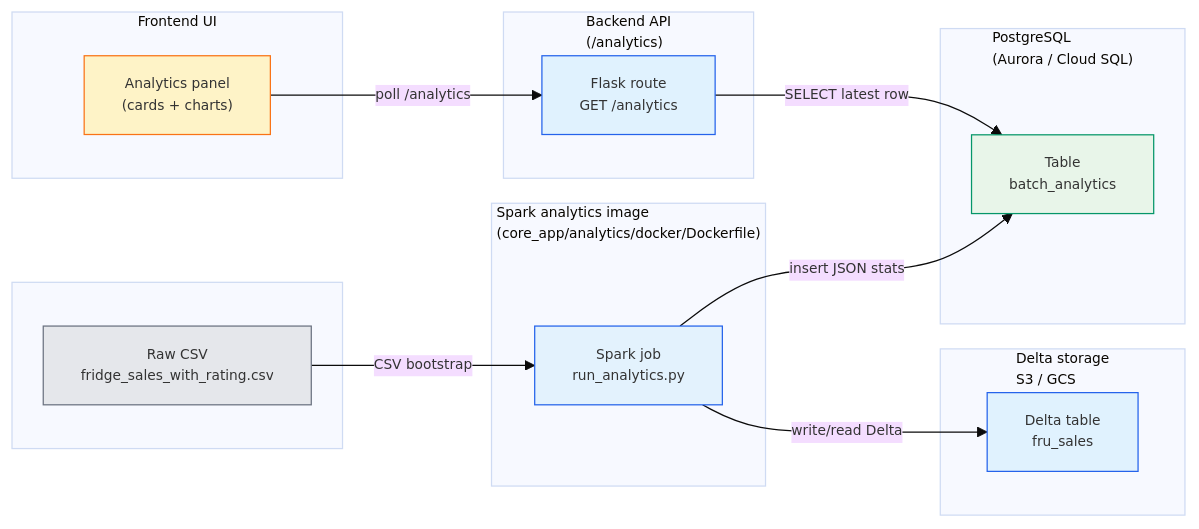
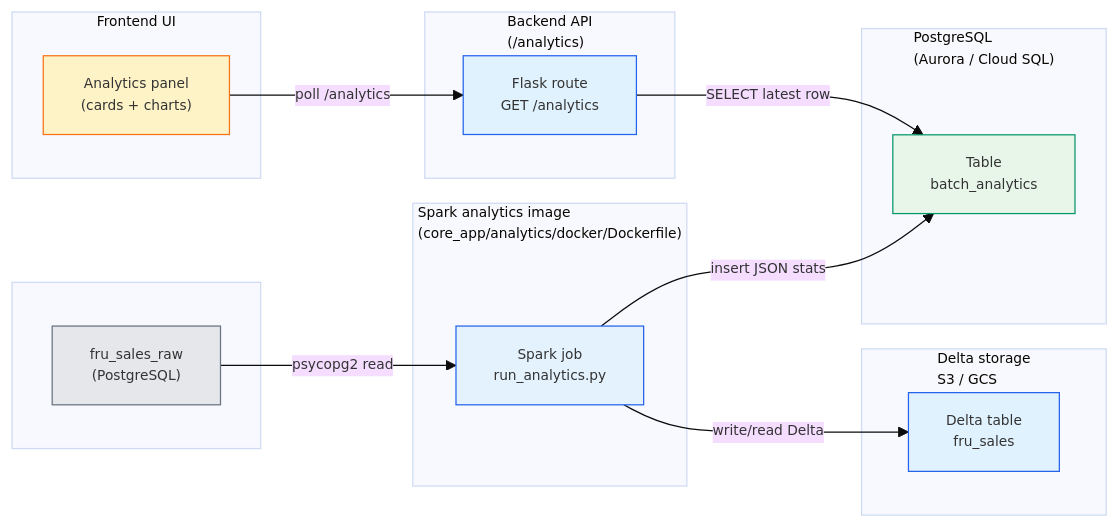
The first of 2 diagrams in docs/learned/spark_delta/TWO_SUB_SYSTEMS_WITH_SPARK.md (horselord-joe-8053/ultra-fru-genai-analytics-new), drawn with Mermaid before and after one commit. The commit also changed other lines of this file and 28 other files, not shown here.

First line of the commit message:
Local deploy: orchestrator flags, start/shutdown scripts, CSV→PostgreSQL, Spark resilience

````diff
--- a/docs/learned/spark_delta/TWO_SUB_SYSTEMS_WITH_SPARK.md
+++ b/docs/learned/spark_delta/TWO_SUB_SYSTEMS_WITH_SPARK.md
@@ -29,40 +29,40 @@
 ```mermaid
 %%{init: {'theme': 'base', 'themeVariables': { 'fontSize': '11px', 'fontFamily': 'sans-serif' }}}%%
 flowchart LR
     subgraph RAW[" "]
-      CSV["Raw CSV<br/>fridge_sales_with_rating.csv"]
+      RAW_TBL["fru_sales_raw<br/>(PostgreSQL)"]
     end
 
     subgraph SPARK["Spark analytics image<br/>(core_app/analytics/docker/Dockerfile)"]
       RA["Spark job<br/>run_analytics.py"]
     end
 
     subgraph DELTA["Delta storage<br/>S3 / GCS"]
       DELTA_SALES["Delta table<br/>fru_sales"]
     end
 
     subgraph DB["PostgreSQL<br/>(Aurora / Cloud SQL)"]
       BATCH["Table<br/>batch_analytics"]
     end
 
     subgraph API["Backend API<br/>(/analytics)"]
       ANALYTICS_API["Flask route<br/>GET /analytics"]
     end
 
     subgraph UI["Frontend UI"]
       PANEL["Analytics panel<br/>(cards + charts)"]
     end
 
-    CSV -->|"CSV bootstrap"| RA
+    RAW_TBL -->|"psycopg2 read"| RA
     RA -->|"write/read Delta"| DELTA_SALES
     RA -->|"insert JSON stats"| BATCH
     ANALYTICS_API -->|"SELECT latest row"| BATCH
     PANEL -->|"poll /analytics"| ANALYTICS_API
 
-    style CSV fill:#e5e7eb,stroke:#6b7280
+    style RAW_TBL fill:#e5e7eb,stroke:#6b7280
     style RA fill:#e3f2fd,stroke:#2563eb
     style DELTA_SALES fill:#e0f2fe,stroke:#2563eb
     style BATCH fill:#e8f5e9,stroke:#059669
     style ANALYTICS_API fill:#e0f2fe,stroke:#2563eb
     style PANEL fill:#fef3c7,stroke:#f97316
 ```
````
